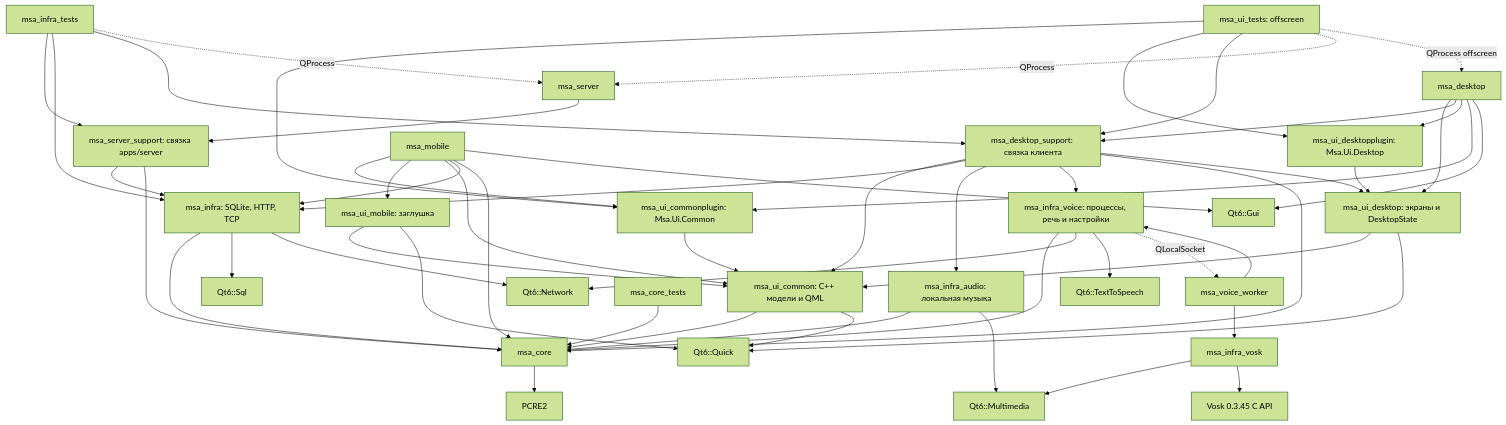
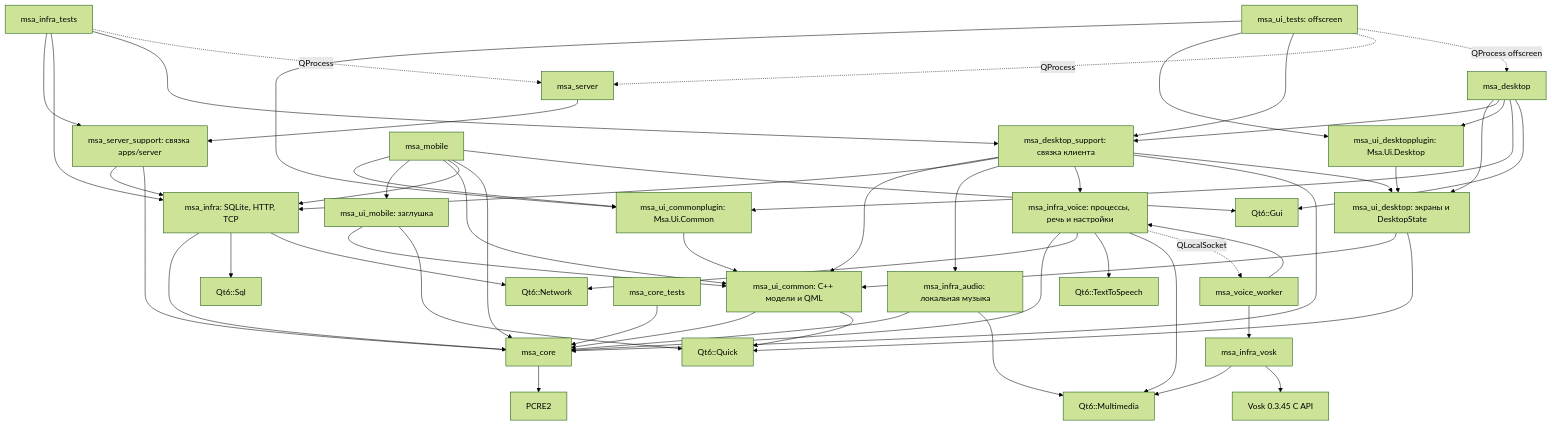
Before and after one commit to TasFoma/MySuperAssistant: the first of 2 diagrams in docs/architecture.md, drawn with Mermaid (forest theme). The commit also changed other lines of this file and 54 other files, not shown here.

````diff
--- a/docs/architecture.md
+++ b/docs/architecture.md
@@ -91,55 +99,56 @@
 ```mermaid
 flowchart TD
     server[msa_server] --> support[msa_server_support: связка apps/server]
     support --> infra[msa_infra: SQLite, HTTP, TCP]
     support --> core[msa_core]
     desktop[msa_desktop] --> desktopUI[msa_ui_desktop: экраны и DesktopState]
     desktop --> desktopSupport[msa_desktop_support: связка клиента]
     desktop --> desktopPlugin[msa_ui_desktopplugin: Msa.Ui.Desktop]
     desktopSupport --> common[msa_ui_common: C++ модели и QML]
     desktop --> plugin[msa_ui_commonplugin: Msa.Ui.Common]
     mobile --> plugin
     plugin --> common
     desktopSupport --> infra
     desktopSupport --> audio[msa_infra_audio: локальная музыка]
     desktopSupport --> voice[msa_infra_voice: процессы, речь и настройки]
     voice --> core
     voice --> network
     voice --> speech[Qt6::TextToSpeech]
+    voice --> multimedia
     voice -. QLocalSocket .-> voiceWorker[msa_voice_worker]
     voiceWorker --> voice
     voiceWorker --> voskAdapter[msa_infra_vosk]
     voskAdapter --> multimedia
     voskAdapter --> vosk[Vosk 0.3.45 C API]
     audio --> core
     audio --> multimedia[Qt6::Multimedia]
     desktopSupport --> core
     desktopSupport --> desktopUI
     desktop --> gui[Qt6::Gui]
     mobile[msa_mobile] --> mobileUI[msa_ui_mobile: заглушка]
     mobile --> common
     mobile --> infra
     mobile --> core
     mobile --> gui
     desktopUI --> common
     desktopUI --> quick[Qt6::Quick]
     mobileUI --> common
     mobileUI --> quick
     common --> core
     common --> quick
     infra --> core
     infra --> sql[Qt6::Sql]
     infra --> network[Qt6::Network]
     core --> pcre[PCRE2]
     coreTests[msa_core_tests] --> core
     infraTests[msa_infra_tests] --> support
     infraTests --> infra
     infraTests --> desktopSupport
     uiTests[msa_ui_tests: offscreen] --> plugin
     uiTests --> desktopPlugin
     uiTests --> desktopSupport
     desktopPlugin --> desktopUI
     infraTests -. QProcess .-> server
     uiTests -. QProcess .-> server
     uiTests -. QProcess offscreen .-> desktop
 ```
````
